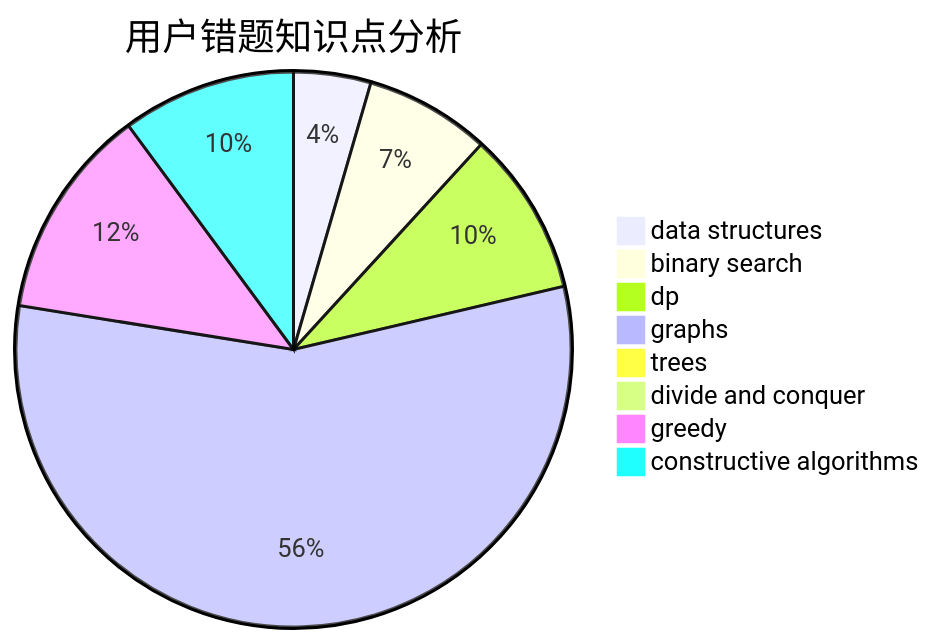
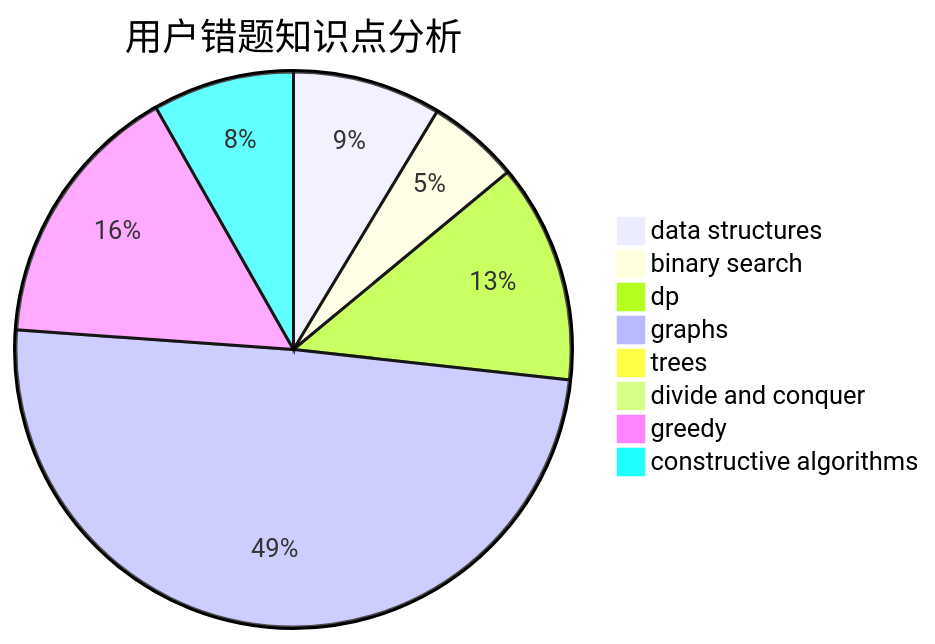
One commit to sherpahu/cfrs.github.io changed the third of 3 diagrams in docs/user/u1461.md. Above: the diagram before and after it, drawn with Mermaid. The commit also changed other lines of this file and 2770 other files, not shown here.

````diff
--- a/docs/user/u1461.md
+++ b/docs/user/u1461.md
@@ -36,11 +36,11 @@
 ```mermaid
 pie title 用户错题知识点分析
-    "data structures" :  8
+    "data structures" :  21
     "binary search" :  13
-    "dp" :  17
-    "graphs" :  100
+    "dp" :  31
+    "graphs" :  120
     "trees" :  0
     "divide and conquer" :  0
-    "greedy" :  22
-    "constructive algorithms" :  18
+    "greedy" :  38
+    "constructive algorithms" :  20
 ```
````
